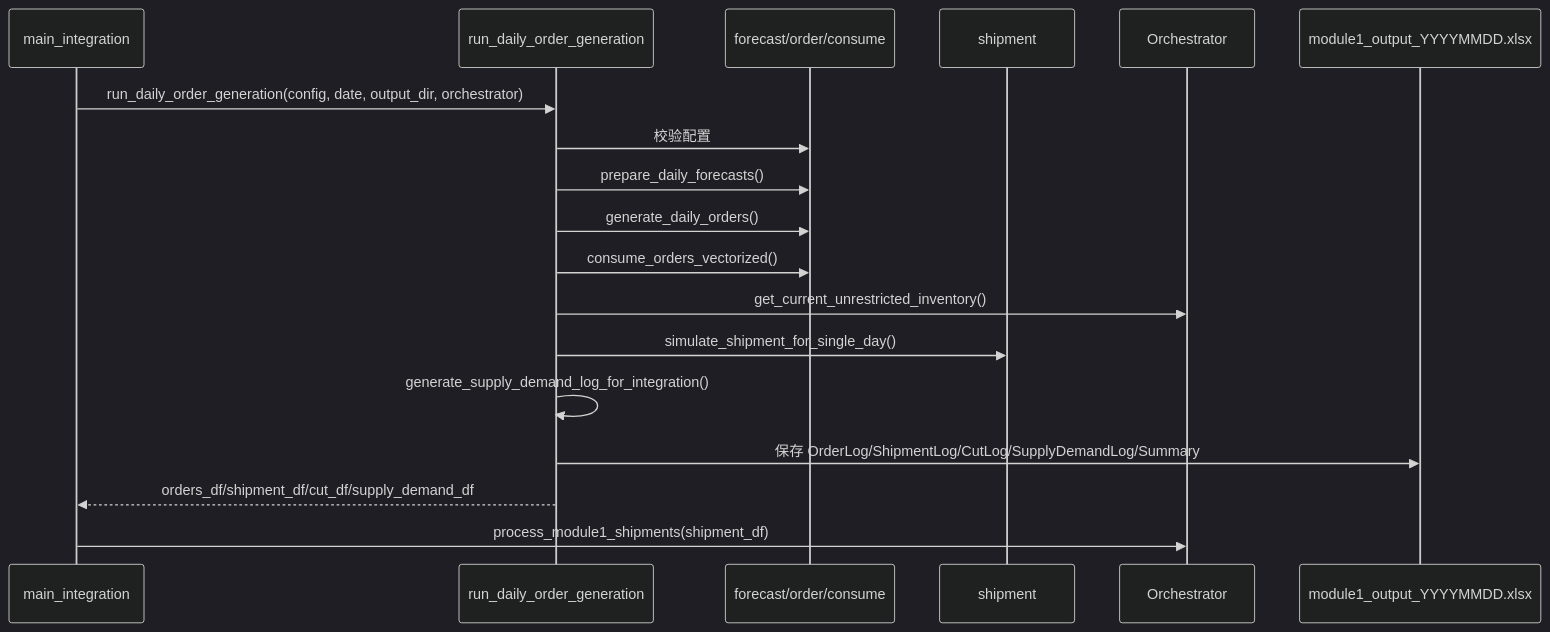
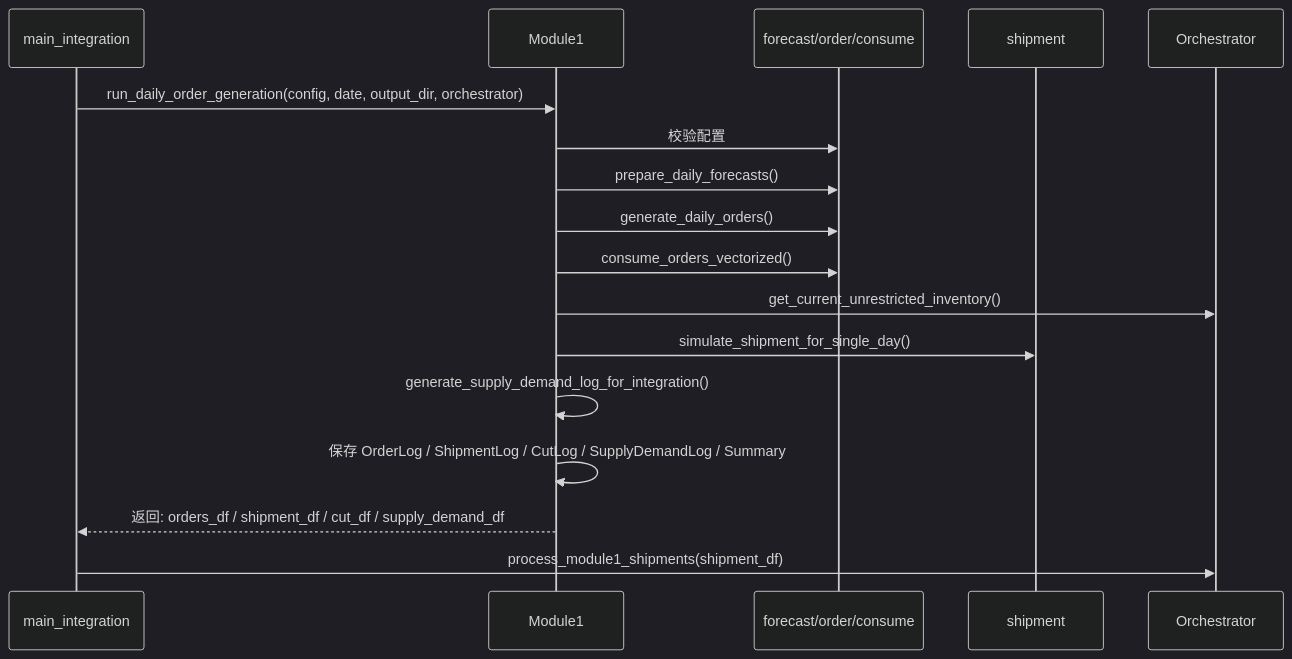
Before and after one commit to senzhang-ps/chainsight: the third of 9 diagrams in docs/交接文档/Refactored/模块级时序图文档.md, drawn with Mermaid (dark theme). The commit also changed other lines of this file, not shown here.

Commit message:
docs: 统一时序图格式 — 将M3/日末/DB模式的ASCII文本框转为Mermaid sequenceDiagram

````diff
--- a/docs/交接文档/Refactored/模块级时序图文档.md
+++ b/docs/交接文档/Refactored/模块级时序图文档.md
@@ -132,21 +134,20 @@
 ```mermaid
 sequenceDiagram
     participant MAIN as main_integration
-    participant M1 as run_daily_order_generation
-    participant FC as forecast/order/consume
+    participant M1 as Module1
+    participant FORE as forecast/order/consume
     participant SHIP as shipment
     participant ORC as Orchestrator
-    participant XLSX as module1_output_YYYYMMDD.xlsx
 
     MAIN->>M1: run_daily_order_generation(config, date, output_dir, orchestrator)
-    M1->>FC: 校验配置
-    M1->>FC: prepare_daily_forecasts()
-    M1->>FC: generate_daily_orders()
-    M1->>FC: consume_orders_vectorized()
+    M1->>FORE: 校验配置
+    M1->>FORE: prepare_daily_forecasts()
+    M1->>FORE: generate_daily_orders()
+    M1->>FORE: consume_orders_vectorized()
     M1->>ORC: get_current_unrestricted_inventory()
     M1->>SHIP: simulate_shipment_for_single_day()
     M1->>M1: generate_supply_demand_log_for_integration()
-    M1->>XLSX: 保存 OrderLog/ShipmentLog/CutLog/SupplyDemandLog/Summary
-    M1-->>MAIN: orders_df/shipment_df/cut_df/supply_demand_df
+    M1->>M1: 保存 OrderLog / ShipmentLog / CutLog / SupplyDemandLog / Summary
+    M1-->>MAIN: 返回: orders_df / shipment_df / cut_df / supply_demand_df
     MAIN->>ORC: process_module1_shipments(shipment_df)
 ```
````
